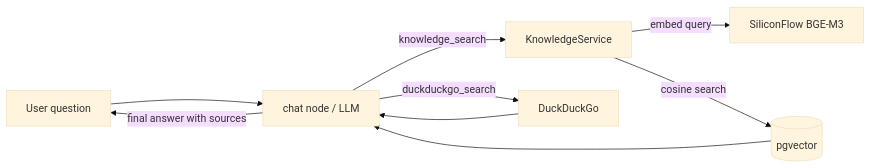
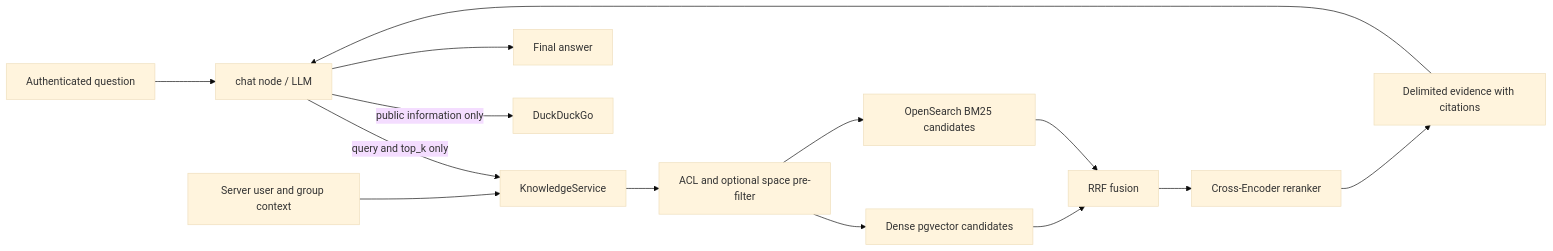
Before and after one commit to Vanisfor/QAagent: the diagram in docs/rag.md, drawn with Mermaid (base theme). The commit also changed other lines of this file, not shown here.

First line of the commit message:
docs: document ACL-aware hybrid retrieval architecture

````diff
--- a/docs/rag.md
+++ b/docs/rag.md
@@ -12,11 +15,16 @@
 ```mermaid
-graph LR
-    U[User question] --> C[chat node / LLM]
-    C -->|knowledge_search| K[KnowledgeService]
-    K -->|embed query| E[SiliconFlow BGE-M3]
-    K -->|cosine search| P[(pgvector)]
-    C -->|duckduckgo_search| W[DuckDuckGo]
-    P --> C
-    W --> C
-    C -->|final answer with sources| U
+flowchart LR
+    U[Authenticated question] --> C[chat node / LLM]
+    C -->|query and top_k only| K[KnowledgeService]
+    A[Server user and group context] --> K
+    K --> F[ACL and optional space pre-filter]
+    F --> D[Dense pgvector candidates]
+    F --> L[OpenSearch BM25 candidates]
+    D --> R[RRF fusion]
+    L --> R
+    R --> X[Cross-Encoder reranker]
+    X --> E[Delimited evidence with citations]
+    E --> C
+    C -->|public information only| W[DuckDuckGo]
+    C --> O[Final answer]
 ```
````
